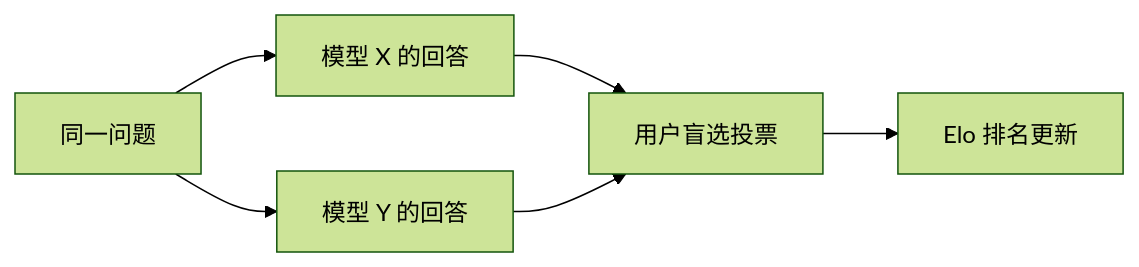
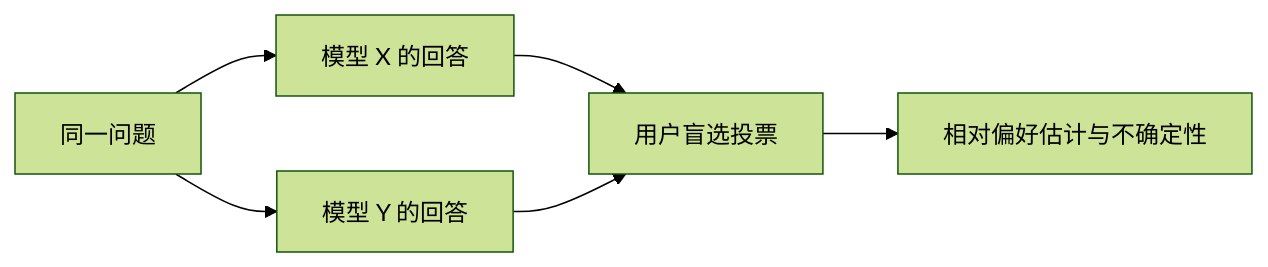
Before and after one commit to AI-learning-simple/Build-Your-Own-LLM: the first of 3 diagrams in 2. Alignment 与训练工程/11. LLM Evaluation——如何科学评价一个大语言模型.md, drawn with Mermaid (forest theme). The commit also changed other lines of this file and 27 other files, not shown here.

````diff
--- a/2. Alignment 与训练工程/11. LLM Evaluation——如何科学评价一个大语言模型.md
+++ b/2. Alignment 与训练工程/11. LLM Evaluation——如何科学评价一个大语言模型.md
@@ -55,5 +59,5 @@
 ```mermaid
 flowchart LR
-    A[同一问题] --> B[模型 X 的回答] --> C[用户盲选投票] --> D[Elo 排名更新]
+    A[同一问题] --> B[模型 X 的回答] --> C[用户盲选投票] --> D[相对偏好估计与不确定性]
     A --> E[模型 Y 的回答] --> C
 ```
````
